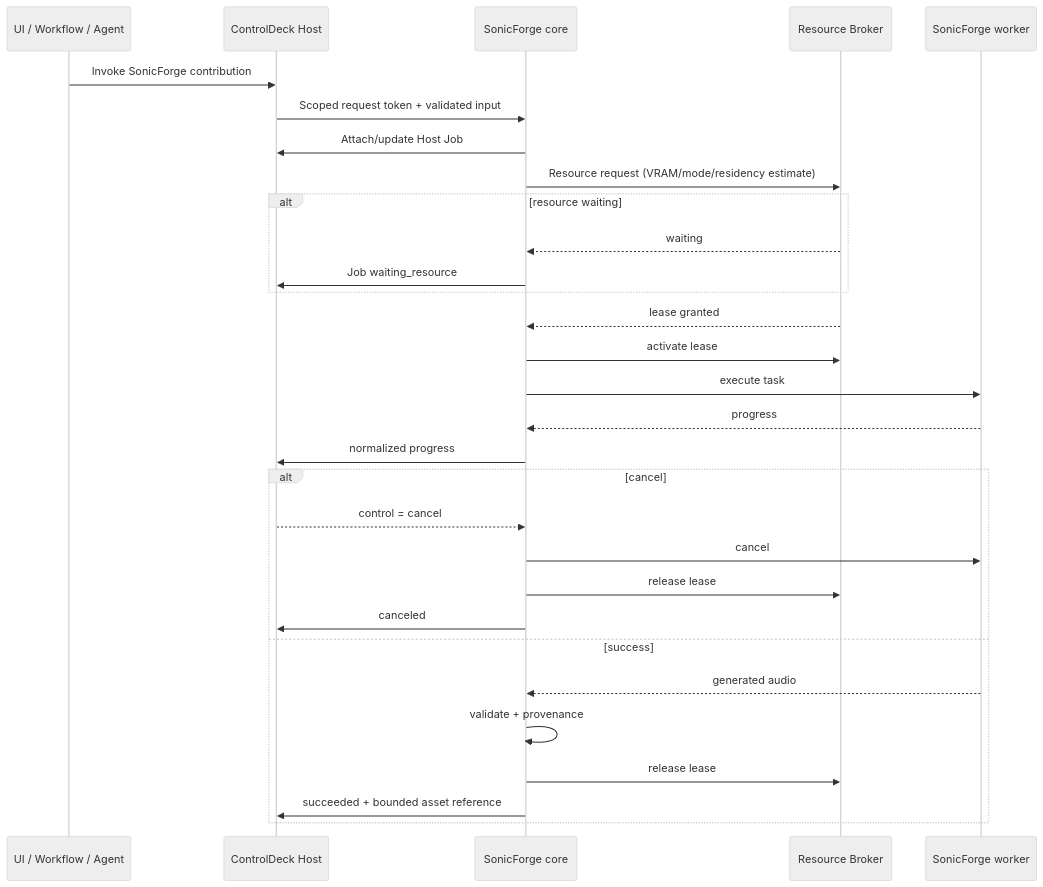
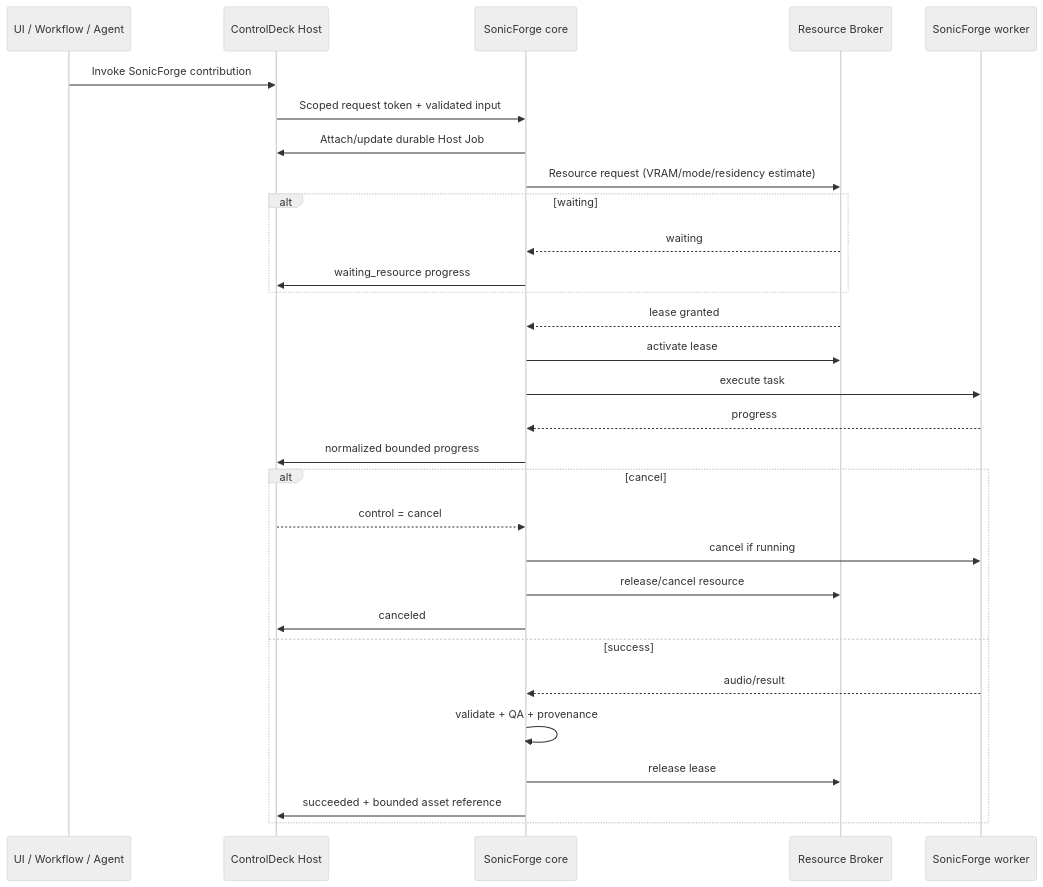
Before and after one commit to souten-yd/ControlDeckSonicForge: the sixth of 13 diagrams in docs/12-architecture-diagrams.md, drawn with Mermaid (neutral theme). The commit also changed other lines of this file, not shown here.

Commit message:
docs: align diagrams with signed bilingual setup

````diff
--- a/docs/12-architecture-diagrams.md
+++ b/docs/12-architecture-diagrams.md
@@ -107,33 +149,33 @@
 ```mermaid
 sequenceDiagram
     participant Caller as UI / Workflow / Agent
     participant CD as ControlDeck Host
     participant SF as SonicForge core
     participant RB as Resource Broker
     participant W as SonicForge worker
 
     Caller->>CD: Invoke SonicForge contribution
     CD->>SF: Scoped request token + validated input
-    SF->>CD: Attach/update Host Job
+    SF->>CD: Attach/update durable Host Job
     SF->>RB: Resource request (VRAM/mode/residency estimate)
-    alt resource waiting
+    alt waiting
       RB-->>SF: waiting
-      SF->>CD: Job waiting_resource
+      SF->>CD: waiting_resource progress
     end
     RB-->>SF: lease granted
     SF->>RB: activate lease
     SF->>W: execute task
     W-->>SF: progress
-    SF->>CD: normalized progress
+    SF->>CD: normalized bounded progress
     alt cancel
       CD-->>SF: control = cancel
-      SF->>W: cancel
-      SF->>RB: release lease
+      SF->>W: cancel if running
+      SF->>RB: release/cancel resource
       SF->>CD: canceled
     else success
-      W-->>SF: generated audio
-      SF->>SF: validate + provenance
+      W-->>SF: audio/result
+      SF->>SF: validate + QA + provenance
       SF->>RB: release lease
       SF->>CD: succeeded + bounded asset reference
     end
 ```
````
